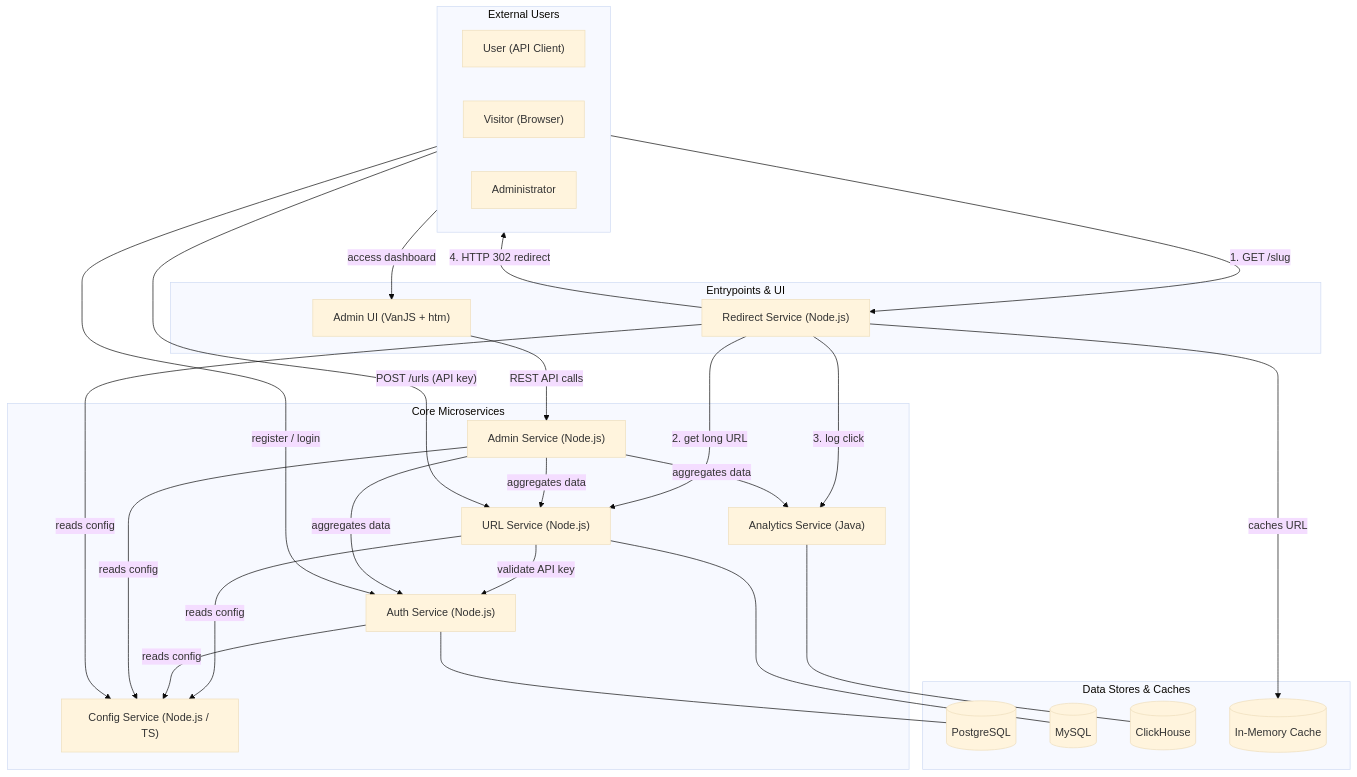
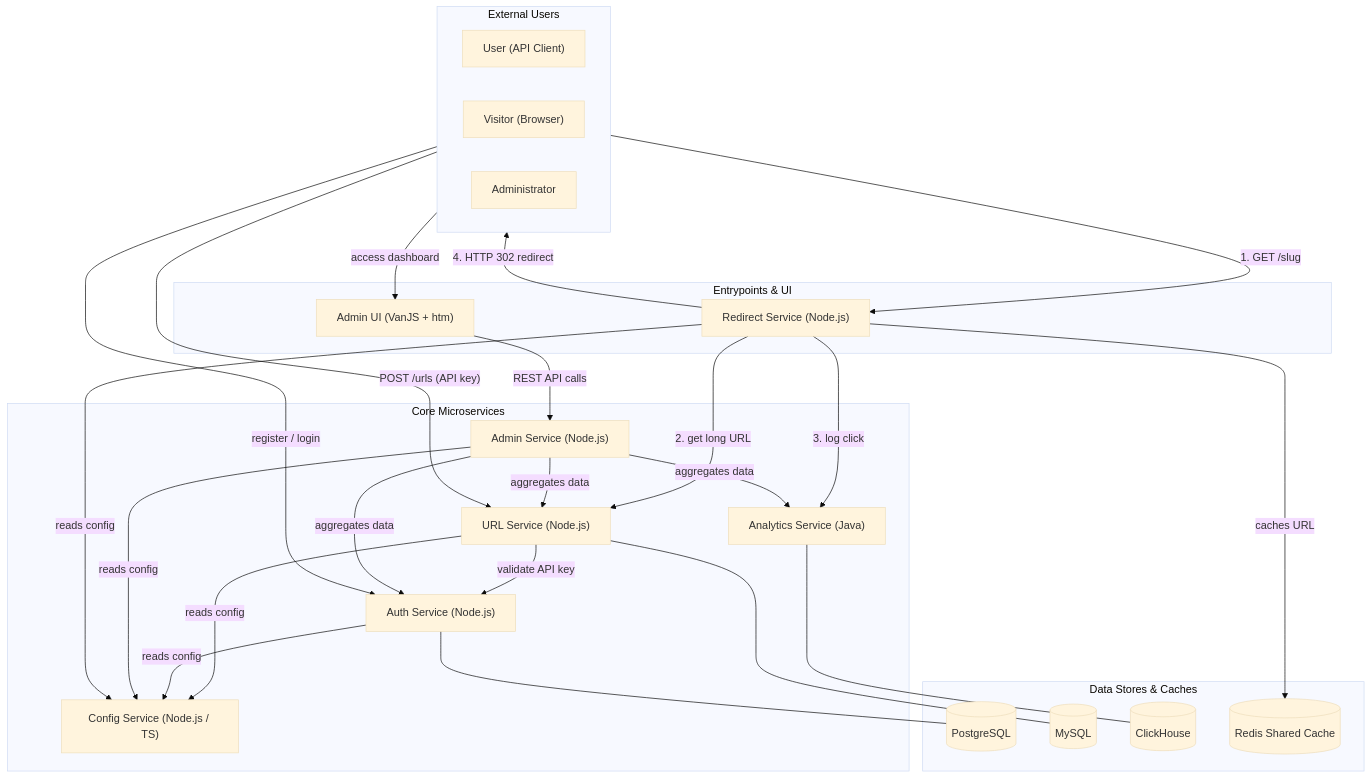
Before and after one commit to PXL-Digital-Application-Samples/microshort: the diagram in README.md, drawn with Mermaid (base theme). The commit also changed other lines of this file and 34 other files, not shown here.

````diff
--- a/README.md
+++ b/README.md
@@ -25,44 +25,44 @@
 ```mermaid
 flowchart TD
   subgraph subGraph0["External Users"]
     direction LR
     User["User (API Client)"]
     Visitor["Visitor (Browser)"]
     Admin["Administrator"]
   end
   subgraph subGraph1["Entrypoints & UI"]
     RedirectService["Redirect Service (Node.js)"]
     AdminUI["Admin UI (VanJS + htm)"]
   end
   subgraph subGraph2["Core Microservices"]
     AuthService["Auth Service (Node.js)"]
     URLService["URL Service (Node.js)"]
     AnalyticsService["Analytics Service (Java)"]
     AdminService["Admin Service (Node.js)"]
     ConfigService["Config Service (Node.js / TS)"]
   end
   subgraph subGraph3["Data Stores & Caches"]
     PostgresDB[("PostgreSQL")]
     MySQLDB[("MySQL")]
     ClickHouseDB[("ClickHouse")]
-    Cache[("In-Memory Cache")]
+    Cache[("Redis Shared Cache")]
   end
   Visitor -->|"1. GET /slug"| RedirectService
   RedirectService -->|"2. get long URL"| URLService
   RedirectService -->|"caches URL"| Cache
   RedirectService -->|"3. log click"| AnalyticsService
   RedirectService -->|"4. HTTP 302 redirect"| Visitor
   User -->|"register / login"| AuthService
   User -->|"POST /urls (API key)"| URLService
   URLService -->|"validate API key"| AuthService
   Admin -->|"access dashboard"| AdminUI
   AdminUI -->|"REST API calls"| AdminService
   AuthService --- PostgresDB
   URLService --- MySQLDB
   AnalyticsService --- ClickHouseDB
   AdminService -->|"aggregates data"| URLService & AuthService & AnalyticsService
   URLService -->|"reads config"| ConfigService
   AuthService -->|"reads config"| ConfigService
   AdminService -->|"reads config"| ConfigService
   RedirectService -->|"reads config"| ConfigService
 ```
````
